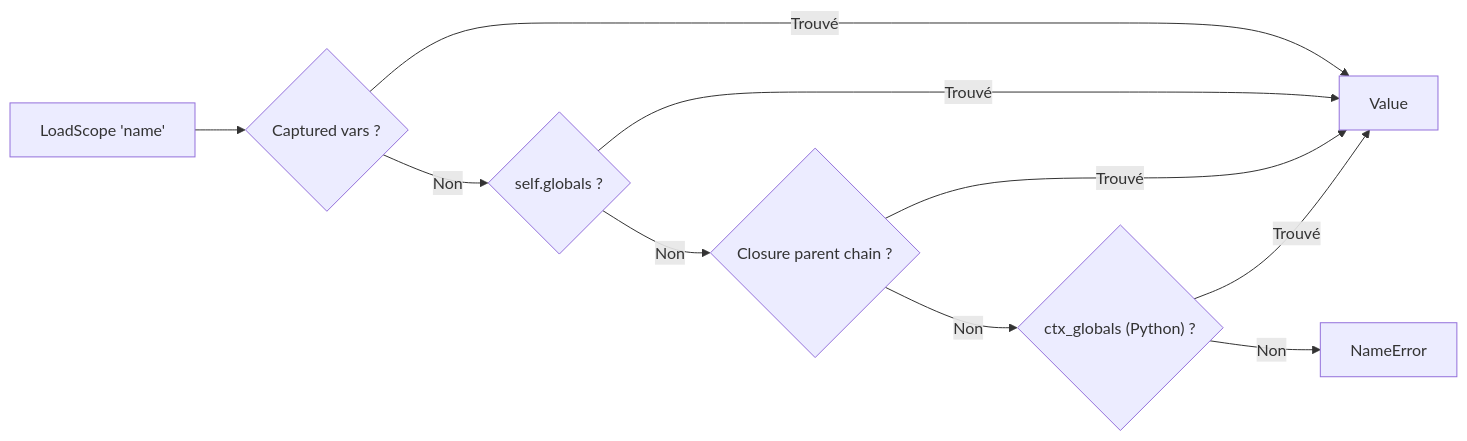
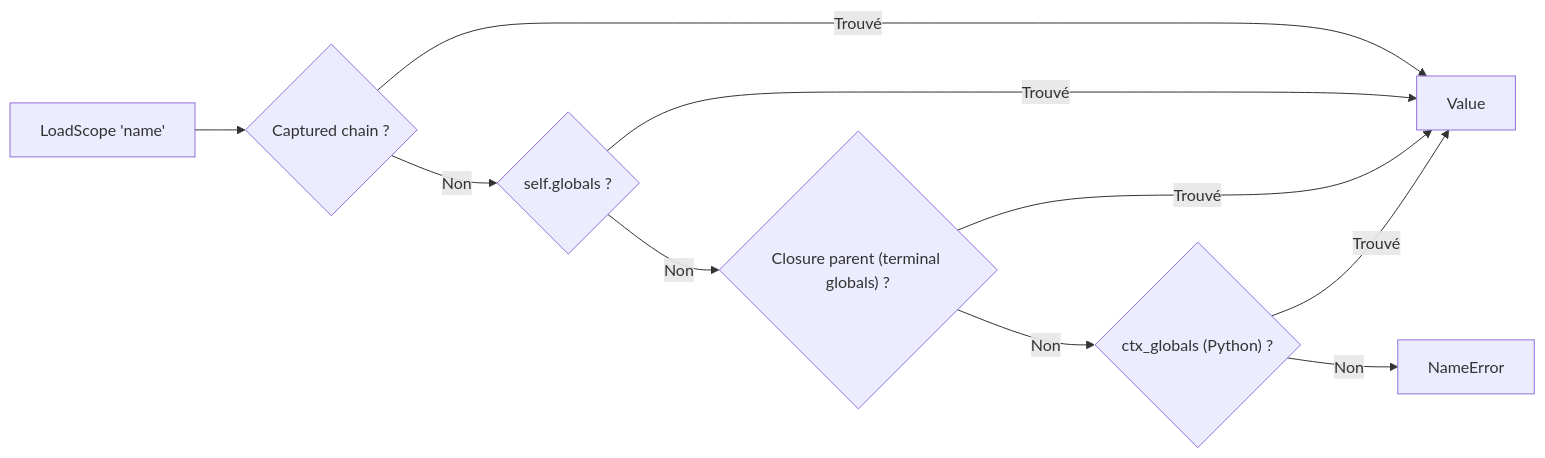
Before and after one commit to aristofor/catnip: the second of 2 diagrams in docs/dev/VM.md, drawn with Mermaid. The commit also changed other lines of this file and 406 other files, not shown here.

````diff
--- a/docs/dev/VM.md
+++ b/docs/dev/VM.md
@@ -296,12 +799,12 @@
 ```mermaid
 flowchart LR
-    LS["LoadScope 'name'"] --> CAP{"Captured vars ?"}
+    LS["LoadScope 'name'"] --> CAP{"Captured chain ?"}
     CAP -->|Trouvé| VAL["Value"]
     CAP -->|Non| GLO{"self.globals ?"}
     GLO -->|Trouvé| VAL
-    GLO -->|Non| CLP{"Closure parent chain ?"}
+    GLO -->|Non| CLP{"Closure parent (terminal globals) ?"}
     CLP -->|Trouvé| VAL
     CLP -->|Non| CTX{"ctx_globals (Python) ?"}
     CTX -->|Trouvé| VAL
     CTX -->|Non| ERR["NameError"]
 ```
````
